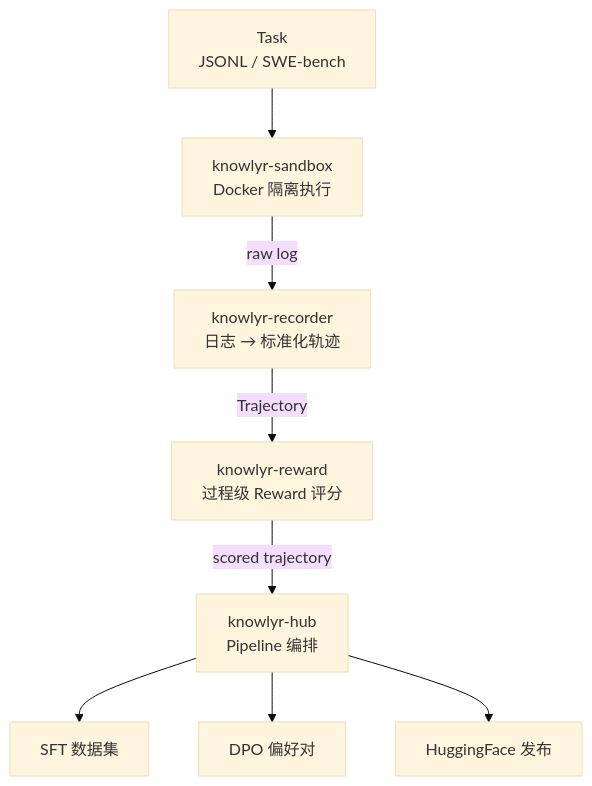
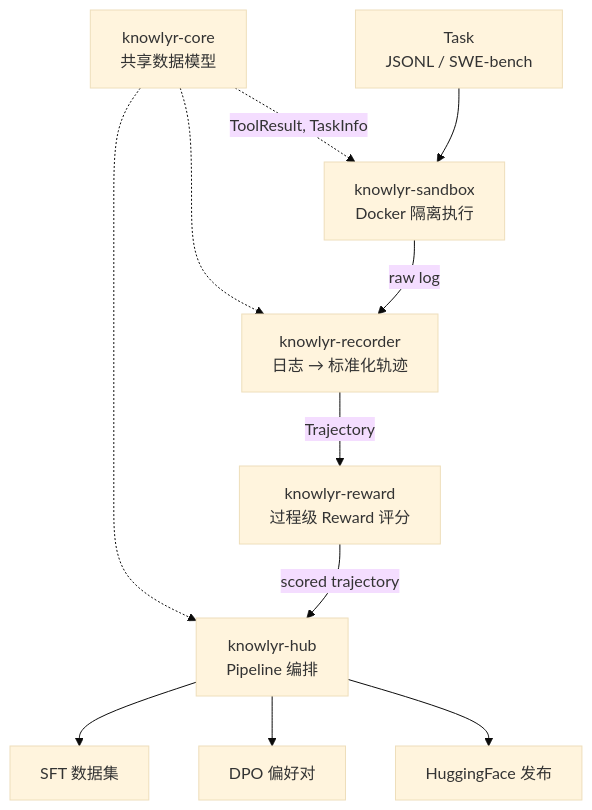
One commit to liuxiaotong/knowlyr-agent changed the first of 2 diagrams in README.md. Above: the diagram before and after it, drawn with Mermaid (base theme). The commit also changed other lines of this file, not shown here.

````diff
--- a/README.md
+++ b/README.md
@@ -26,10 +26,13 @@
 ```mermaid
 graph TD
+    C["knowlyr-core<br/>共享数据模型"] -.->|ToolResult, TaskInfo| S
+    C -.-> R
+    C -.-> H
     T["Task<br/>JSONL / SWE-bench"] --> S["knowlyr-sandbox<br/>Docker 隔离执行"]
     S -->|raw log| R["knowlyr-recorder<br/>日志 → 标准化轨迹"]
     R -->|Trajectory| W["knowlyr-reward<br/>过程级 Reward 评分"]
     W -->|scored trajectory| H["knowlyr-hub<br/>Pipeline 编排"]
     H --> O1["SFT 数据集"]
     H --> O2["DPO 偏好对"]
     H --> O3["HuggingFace 发布"]
 ```
````
